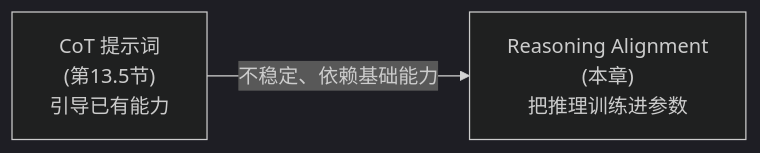
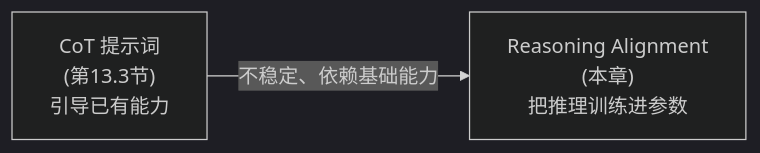
One commit to AI-learning-simple/Build-Your-Own-LLM changed the first of 3 diagrams in 2. Alignment 与训练工程/4. Reasoning Alignment——模型如何学会真正推理.md. Above: the diagram before and after it, drawn with Mermaid (dark theme). The commit also changed other lines of this file and 27 other files, not shown here.

````diff
--- a/2. Alignment 与训练工程/4. Reasoning Alignment——模型如何学会真正推理.md
+++ b/2. Alignment 与训练工程/4. Reasoning Alignment——模型如何学会真正推理.md
@@ -32,4 +32,4 @@
 ```mermaid
 flowchart LR
-    A["CoT 提示词<br/>(第13.5节)<br/>引导已有能力"] -->|"不稳定、依赖基础能力"| B["Reasoning Alignment<br/>(本章)<br/>把推理训练进参数"]
+    A["CoT 提示词<br/>(第13.3节)<br/>引导已有能力"] -->|"不稳定、依赖基础能力"| B["Reasoning Alignment<br/>(本章)<br/>把推理训练进参数"]
 ```
````
